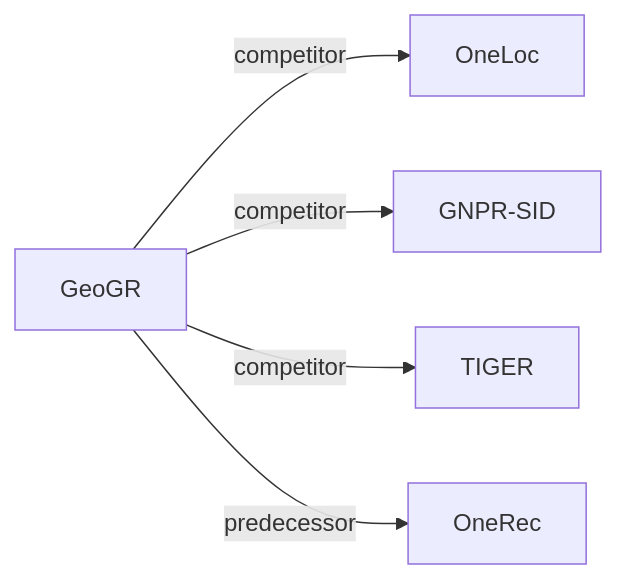
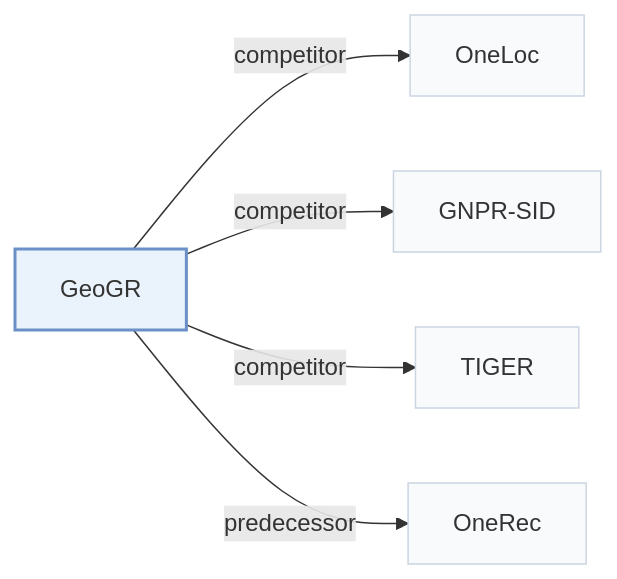
One commit to Galaxy-ghost/Awesome-SID-Generative-Rec changed the third of 3 diagrams in pages/papers/geogr.md. Above: the diagram before and after it, drawn with Mermaid. The commit also changed other lines of this file and 649 other files, not shown here.

Commit message:
writer-05: also tags and modality index (schema, check, build, visuals); summary field removed; calibration data for 12 papers

````diff
--- a/pages/papers/geogr.md
+++ b/pages/papers/geogr.md
@@ -135,8 +140,12 @@
 ```mermaid
 flowchart LR
     P["GeoGR"]
-    P -->|competitor| A["OneLoc"]
-    P -->|competitor| B["GNPR-SID"]
-    P -->|competitor| C["TIGER"]
-    P -->|predecessor| D["OneRec"]
+    P -->|"competitor"| A["OneLoc"]
+    P -->|"competitor"| B["GNPR-SID"]
+    P -->|"competitor"| C["TIGER"]
+    P -->|"predecessor"| D["OneRec"]
+    classDef main fill:#eaf2fb,stroke:#6b8fc7,stroke-width:2px
+    classDef peer fill:#f8fafc,stroke:#cbd5e1
+    class P main
+    class A,B,C,D peer
 ```
````
